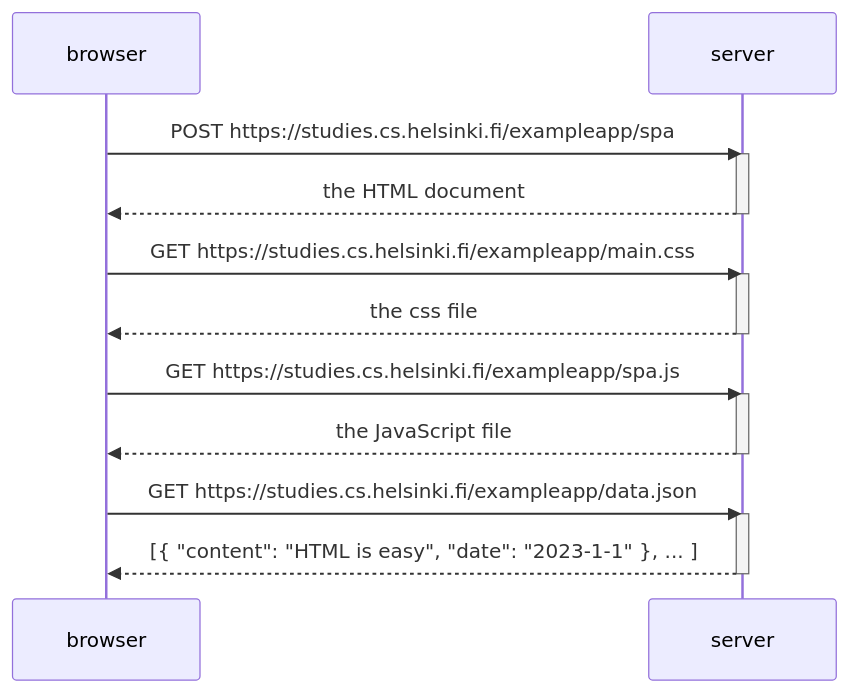
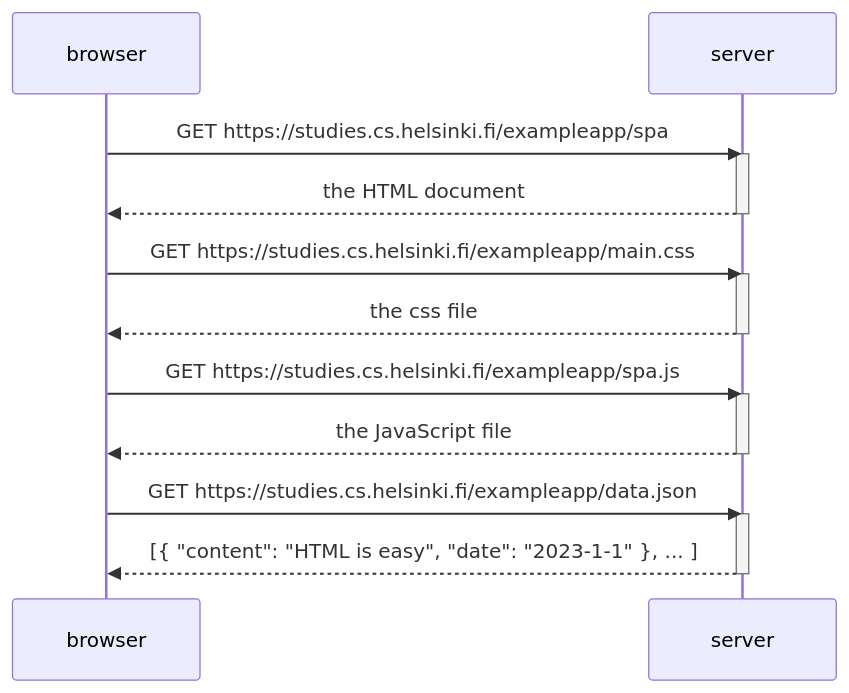
One commit to admd6134/full-stack-open changed the diagram in part0/0.5 Single page app diagram.md. Above: the diagram before and after it, drawn with Mermaid. The commit also changed 1 other file, not shown here.

Commit message:
solve 0.6 New note in Single page app diagram exercise and update 0.5 Single page app diagram solution

````diff
--- a/part0/0.5 Single page app diagram.md
+++ b/part0/0.5 Single page app diagram.md
@@ -3,25 +3,25 @@
 ```mermaid
 sequenceDiagram
     participant browser
     participant server
 
-    browser->>server: POST https://studies.cs.helsinki.fi/exampleapp/spa
+    browser->>server: GET https://studies.cs.helsinki.fi/exampleapp/spa
     activate server
     server-->>browser: the HTML document
     deactivate server
 
     browser->>server: GET https://studies.cs.helsinki.fi/exampleapp/main.css
     activate server
     server-->>browser: the css file
     deactivate server
 
     browser->>server: GET https://studies.cs.helsinki.fi/exampleapp/spa.js
     activate server
     server-->>browser: the JavaScript file
     deactivate server
 
     browser->>server: GET https://studies.cs.helsinki.fi/exampleapp/data.json
     activate server
     server-->>browser: [{ "content": "HTML is easy", "date": "2023-1-1" }, ... ]
     deactivate server
 ```
````
